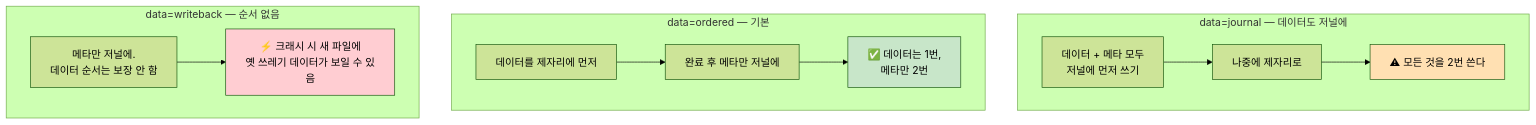
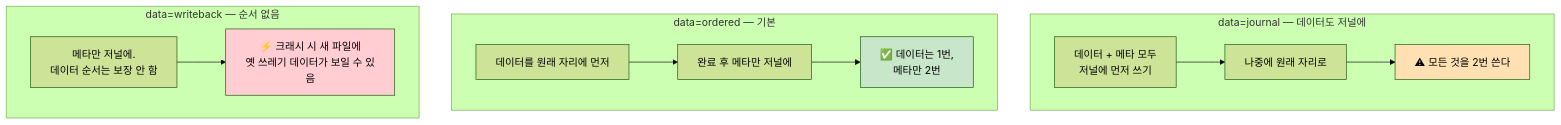
Before and after one commit to kakaromo/kakaromo.github.io: diagram 19 of 35 in src/content/docs/fsiotrace/io-layers.md, drawn with Mermaid (forest theme). The commit also changed other lines of this file, not shown here.

````diff
--- a/src/content/docs/fsiotrace/io-layers.md
+++ b/src/content/docs/fsiotrace/io-layers.md
@@ -893,18 +901,18 @@
 ```mermaid
 flowchart TD
     subgraph J["data=journal — 데이터도 저널에"]
-        J1["데이터 + 메타 모두<br/>저널에 먼저 쓰기"] --> J2["나중에 제자리로"]
+        J1["데이터 + 메타 모두<br/>저널에 먼저 쓰기"] --> J2["나중에 원래 자리로"]
         J2 --> J3["⚠ 모든 것을 2번 쓴다"]
     end
     subgraph O["data=ordered — 기본"]
-        O1["데이터를 제자리에 먼저"] --> O2["완료 후 메타만 저널에"]
+        O1["데이터를 원래 자리에 먼저"] --> O2["완료 후 메타만 저널에"]
         O2 --> O3["✅ 데이터는 1번,<br/>메타만 2번"]
     end
     subgraph W["data=writeback — 순서 없음"]
         W1["메타만 저널에.<br/>데이터 순서는 보장 안 함"] --> W2["⚡ 크래시 시 새 파일에<br/>옛 쓰레기 데이터가 보일 수 있음"]
     end
 
     style J3 fill:#ffe0b2,color:#000
     style O3 fill:#c8e6c9,color:#000
     style W2 fill:#ffcdd2,color:#000
 ```
````
